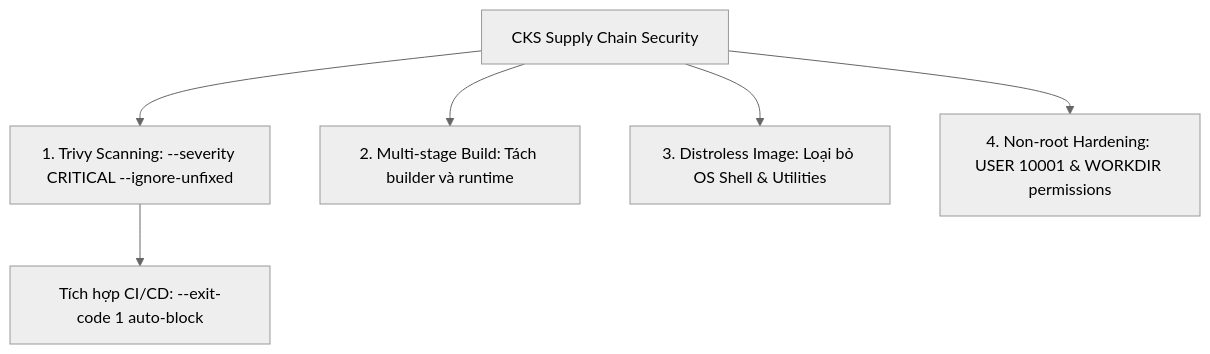
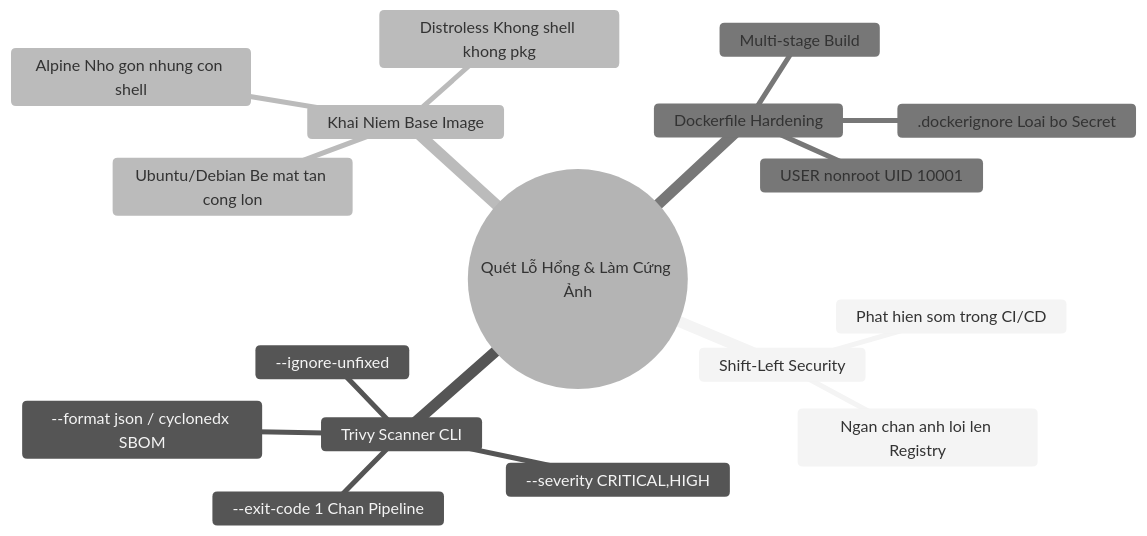
Before and after one commit to kiennt308/ntk: the third of 3 diagrams in _posts/2026-09-12-cks-03-03-quay-va-trivy-quet-anh-container.md, drawn with Mermaid (neutral theme). The commit also changed other lines of this file and 20 other files, not shown here.

````diff
--- a/_posts/2026-09-12-cks-03-03-quay-va-trivy-quet-anh-container.md
+++ b/_posts/2026-09-12-cks-03-03-quay-va-trivy-quet-anh-container.md
@@ -308,9 +464,20 @@
 ```mermaid
-graph TD
-    SupplyChain[CKS Supply Chain Security] --> TrivyScan[1. Trivy Scanning: --severity CRITICAL --ignore-unfixed]
-    SupplyChain --> MultiStage[2. Multi-stage Build: Tách builder và runtime]
-    SupplyChain --> Distroless[3. Distroless Image: Loại bỏ OS Shell & Utilities]
-    SupplyChain --> NonRoot[4. Non-root Hardening: USER 10001 & WORKDIR permissions]
-    
-    TrivyScan --> CICDPipeline[Tích hợp CI/CD: --exit-code 1 auto-block]
+mindmap
+  root((Quét Lỗ Hổng & Làm Cứng Ảnh))
+    Shift-Left Security
+      Phat hien som trong CI/CD
+      Ngan chan anh loi len Registry
+    Trivy Scanner CLI
+      --severity CRITICAL,HIGH
+      --ignore-unfixed
+      --exit-code 1 Chan Pipeline
+      --format json / cyclonedx SBOM
+    Khai Niem Base Image
+      Ubuntu/Debian Be mat tan cong lon
+      Alpine Nho gon nhung con shell
+      Distroless Khong shell khong pkg
+    Dockerfile Hardening
+      Multi-stage Build
+      USER nonroot UID 10001
+      .dockerignore Loai bo Secret
 ```
````
